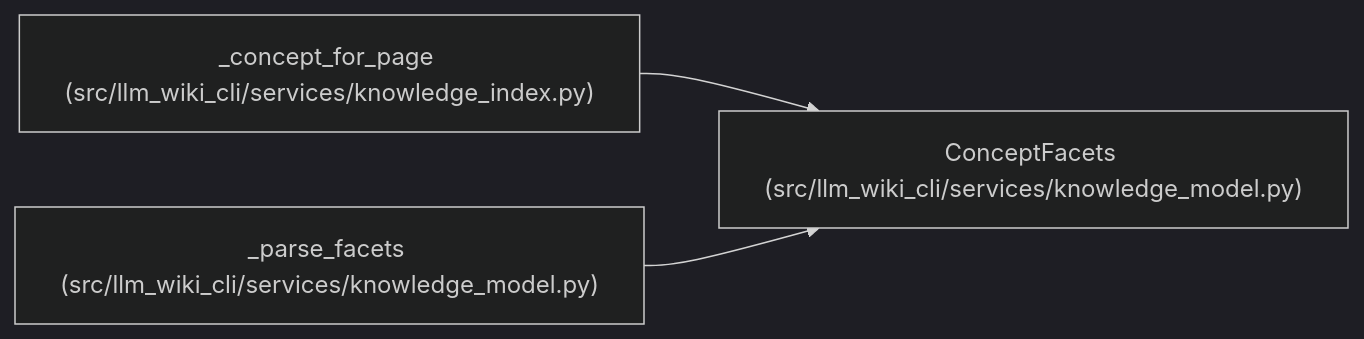
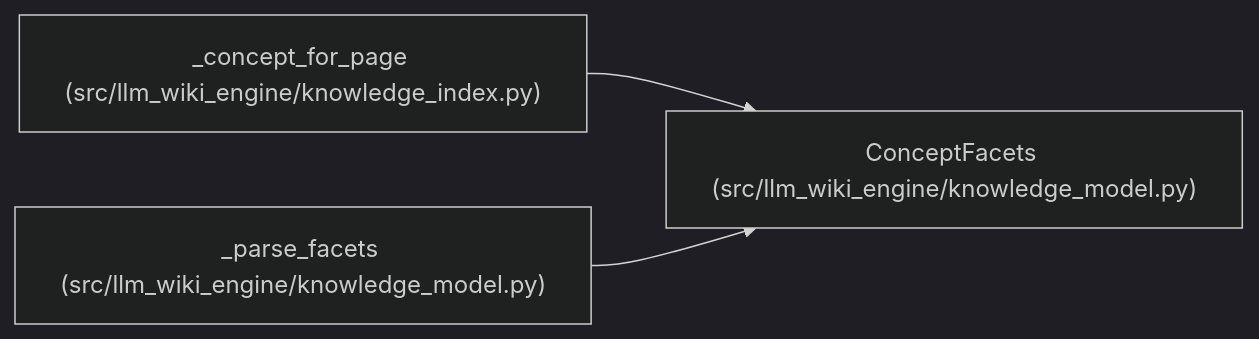
One commit to Denissvgn/python-wiki-llm changed the diagram in docs/llm_wiki/entities/ConceptFacets.md. Above: the diagram before and after it, drawn with Mermaid (dark theme). The commit also changed other lines of this file and 1058 other files, not shown here.

First line of the commit message:
docs: refresh the wiki for the knowledge store move

````diff
--- a/docs/llm_wiki/entities/ConceptFacets.md
+++ b/docs/llm_wiki/entities/ConceptFacets.md
@@ -29,11 +29,11 @@
 ```mermaid
 flowchart LR
-    n0["ConceptFacets (src/llm_wiki_cli/services/knowledge_model.py)"]
-    n1["_concept_for_page (src/llm_wiki_cli/services/knowledge_index.py)"]
-    n2["_parse_facets (src/llm_wiki_cli/services/knowledge_model.py)"]
+    n0["ConceptFacets (src/llm_wiki_engine/knowledge_model.py)"]
+    n1["_concept_for_page (src/llm_wiki_engine/knowledge_index.py)"]
+    n2["_parse_facets (src/llm_wiki_engine/knowledge_model.py)"]
     n1 --> n0
     n2 --> n0
     click n0 "../modules/knowledge_model.md"
     click n1 "../modules/knowledge_index.md"
     click n2 "../modules/knowledge_model.md"
 ```
````
